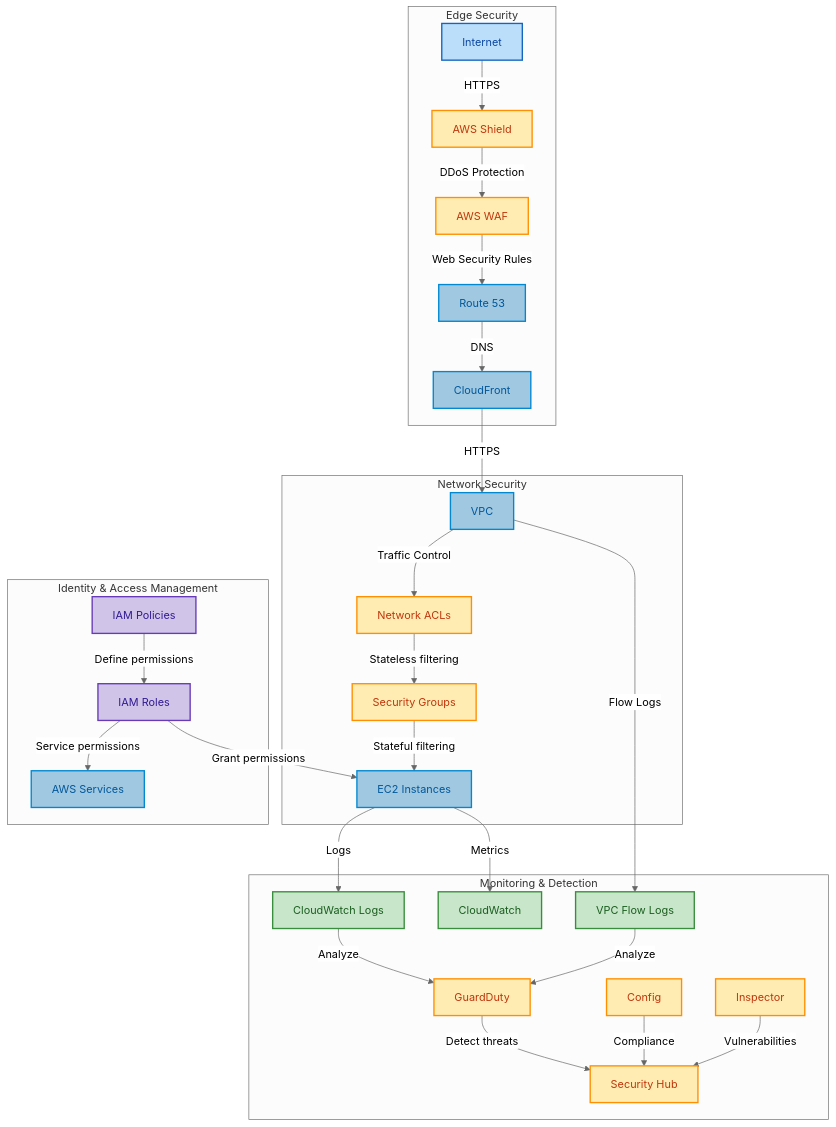
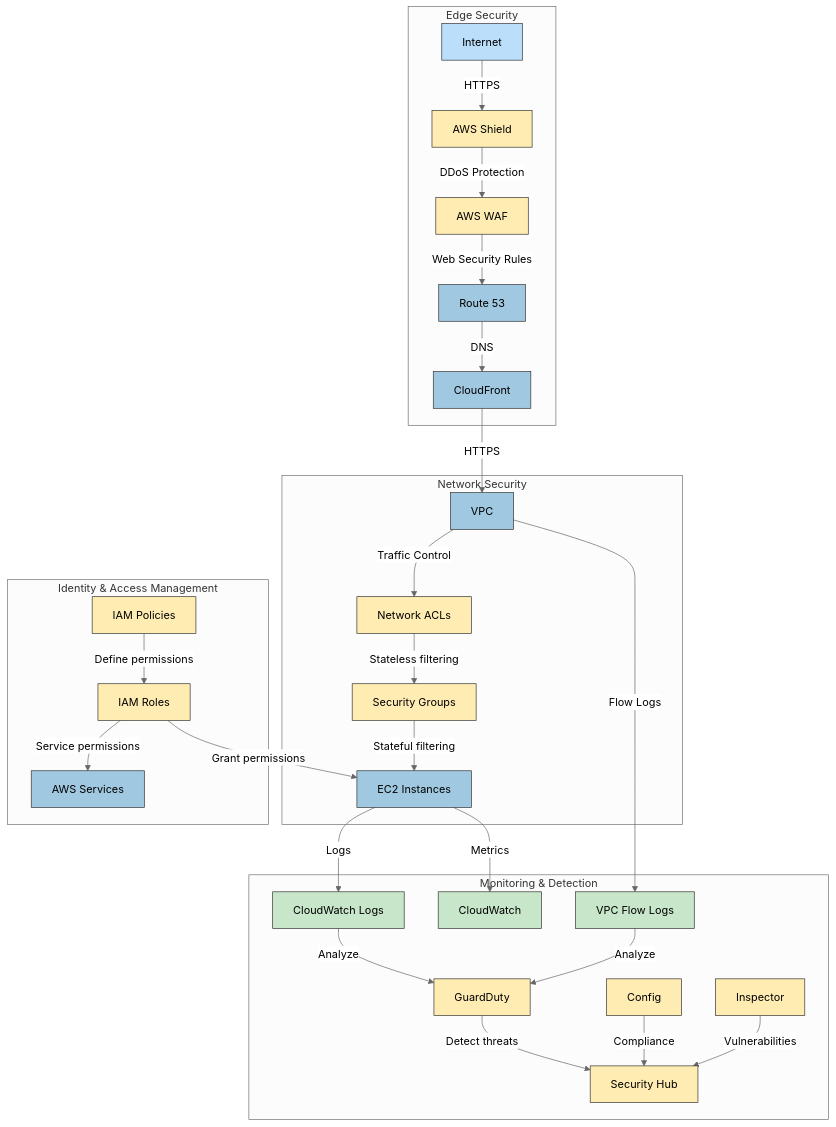
The fifth of 9 diagrams in SECURITY_ARCHITECTURE.md (Hack23/cia), drawn with Mermaid (neutral theme) before and after one commit. The commit also changed other lines of this file, not shown here.

````diff
--- a/SECURITY_ARCHITECTURE.md
+++ b/SECURITY_ARCHITECTURE.md
@@ -267,49 +501,55 @@
 ```mermaid
 graph TD
-    %% Node styling classes
-    classDef internetNode fill:#bbdefb,stroke:#1565c0,stroke-width:2px,color:#0d47a1
-    classDef securityNode fill:#ffecb3,stroke:#ff8f00,stroke-width:2px,color:#bf360c
-    classDef networkNode fill:#a0c8e0,stroke:#0288d1,stroke-width:2px,color:#01579b
-    classDef monitorNode fill:#c8e6c9,stroke:#388e3c,stroke-width:2px,color:#1b5e20
-    classDef iamNode fill:#d1c4e9,stroke:#673ab7,stroke-width:2px,color:#311b92
-    
     subgraph "Edge Security"
         A[Internet] -->|HTTPS| B[AWS Shield]
         B -->|DDoS Protection| C[AWS WAF]
         C -->|Web Security Rules| D[Route 53]
         D -->|DNS| E[CloudFront]
     end
     
     subgraph "Network Security"
         E -->|HTTPS| F[VPC]
         F -->|Traffic Control| G[Network ACLs]
         G -->|Stateless filtering| H[Security Groups]
         H -->|Stateful filtering| I[EC2 Instances]
     end
     
     subgraph "Identity & Access Management"
         J[IAM Roles] -->|Grant permissions| I
         J -->|Service permissions| K[AWS Services]
         L[IAM Policies] -->|Define permissions| J
     end
     
     subgraph "Monitoring & Detection"
         I -->|Logs| M[CloudWatch Logs]
         I -->|Metrics| N[CloudWatch]
         F -->|Flow Logs| O[VPC Flow Logs]
         
         M -->|Analyze| P[GuardDuty]
         O -->|Analyze| P
         
         P -->|Detect threats| Q[Security Hub]
         R[Config] -->|Compliance| Q
         S[Inspector] -->|Vulnerabilities| Q
     end
     
-    %% Apply styling classes
-    class A internetNode
-    class B,C,G,H,P,Q,R,S securityNode
-    class D,E,F,I,K networkNode
-    class M,N,O monitorNode
-    class J,L iamNode
+    style A fill:#bbdefb,stroke:#333,stroke-width:1px
+    style B fill:#ffecb3,stroke:#333,stroke-width:1px,color:black
+    style C fill:#ffecb3,stroke:#333,stroke-width:1px,color:black
+    style D fill:#a0c8e0,stroke:#333,stroke-width:1px
+    style E fill:#a0c8e0,stroke:#333,stroke-width:1px
+    style F fill:#a0c8e0,stroke:#333,stroke-width:1px
+    style G fill:#ffecb3,stroke:#333,stroke-width:1px,color:black
+    style H fill:#ffecb3,stroke:#333,stroke-width:1px,color:black
+    style I fill:#a0c8e0,stroke:#333,stroke-width:1px
+    style J fill:#ffecb3,stroke:#333,stroke-width:1px,color:black
+    style K fill:#a0c8e0,stroke:#333,stroke-width:1px
+    style L fill:#ffecb3,stroke:#333,stroke-width:1px,color:black
+    style M fill:#c8e6c9,stroke:#333,stroke-width:1px
+    style N fill:#c8e6c9,stroke:#333,stroke-width:1px
+    style O fill:#c8e6c9,stroke:#333,stroke-width:1px
+    style P fill:#ffecb3,stroke:#333,stroke-width:1px,color:black
+    style Q fill:#ffecb3,stroke:#333,stroke-width:1px,color:black
+    style R fill:#ffecb3,stroke:#333,stroke-width:1px,color:black
+    style S fill:#ffecb3,stroke:#333,stroke-width:1px,color:black
 ```
````
